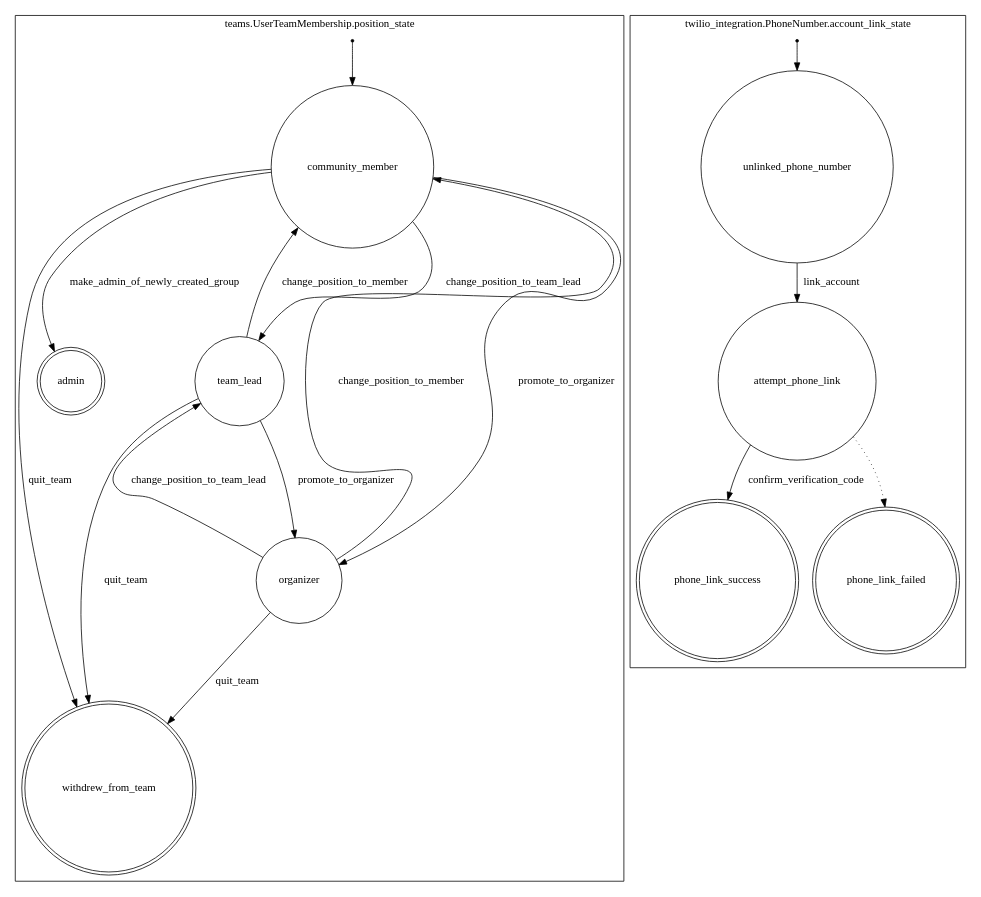
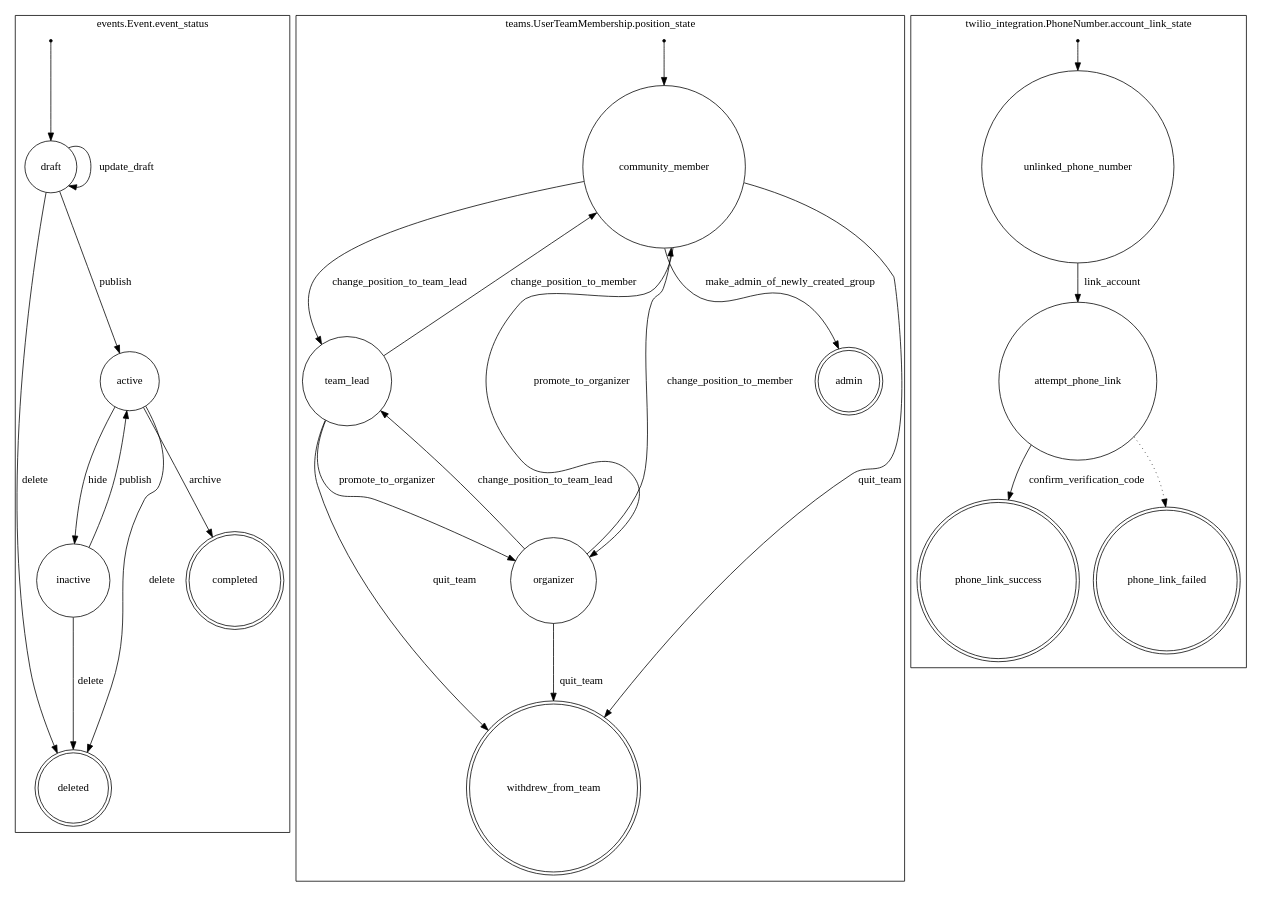
The diagram in docs/state_machine.dot (alysivji/street-team), drawn with Graphviz before and after one commit. The commit also changed 25 other files, not shown here.

```diff
--- a/docs/state_machine.dot
+++ b/docs/state_machine.dot
@@ -1,34 +1,52 @@
 digraph {
+	subgraph cluster_events_Event_event_status {
+		graph [label="events.Event.event_status"]
+		"events.event.event_status.deleted" [label=deleted shape=doublecircle]
+		"events.event.event_status.completed" [label=completed shape=doublecircle]
+		"events.event.event_status.draft" [label=draft shape=circle]
+		"events.event.event_status._initial" [label="" shape=point]
+		"events.event.event_status._initial" -> "events.event.event_status.draft"
+		"events.event.event_status.inactive" [label=inactive shape=circle]
+		"events.event.event_status.active" [label=active shape=circle]
+		"events.event.event_status.draft" -> "events.event.event_status.deleted" [label=delete]
+		"events.event.event_status.inactive" -> "events.event.event_status.active" [label=publish]
+		"events.event.event_status.draft" -> "events.event.event_status.draft" [label=update_draft]
+		"events.event.event_status.inactive" -> "events.event.event_status.deleted" [label=delete]
+		"events.event.event_status.active" -> "events.event.event_status.deleted" [label=delete]
+		"events.event.event_status.active" -> "events.event.event_status.completed" [label=archive]
+		"events.event.event_status.draft" -> "events.event.event_status.active" [label=publish]
+		"events.event.event_status.active" -> "events.event.event_status.inactive" [label=hide]
+	}
 	subgraph cluster_teams_UserTeamMembership_position_state {
 		graph [label="teams.UserTeamMembership.position_state"]
+		"teams.user_team_membership.position_state.admin" [label=admin shape=doublecircle]
 		"teams.user_team_membership.position_state.withdrew_from_team" [label=withdrew_from_team shape=doublecircle]
-		"teams.user_team_membership.position_state.admin" [label=admin shape=doublecircle]
+		"teams.user_team_membership.position_state.team_lead" [label=team_lead shape=circle]
+		"teams.user_team_membership.position_state.organizer" [label=organizer shape=circle]
 		"teams.user_team_membership.position_state.community_member" [label=community_member shape=circle]
 		"teams.user_team_membership.position_state._initial" [label="" shape=point]
 		"teams.user_team_membership.position_state._initial" -> "teams.user_team_membership.position_state.community_member"
-		"teams.user_team_membership.position_state.team_lead" [label=team_lead shape=circle]
-		"teams.user_team_membership.position_state.organizer" [label=organizer shape=circle]
-		"teams.user_team_membership.position_state.team_lead" -> "teams.user_team_membership.position_state.withdrew_from_team" [label=quit_team]
-		"teams.user_team_membership.position_state.community_member" -> "teams.user_team_membership.position_state.withdrew_from_team" [label=quit_team]
-		"teams.user_team_membership.position_state.organizer" -> "teams.user_team_membership.position_state.team_lead" [label=change_position_to_team_lead]
-		"teams.user_team_membership.position_state.community_member" -> "teams.user_team_membership.position_state.admin" [label=make_admin_of_newly_created_group]
-		"teams.user_team_membership.position_state.team_lead" -> "teams.user_team_membership.position_state.organizer" [label=promote_to_organizer]
-		"teams.user_team_membership.position_state.organizer" -> "teams.user_team_membership.position_state.community_member" [label=change_position_to_member]
-		"teams.user_team_membership.position_state.community_member" -> "teams.user_team_membership.position_state.organizer" [label=promote_to_organizer]
+		"teams.user_team_membership.position_state.organizer" -> "teams.user_team_membership.position_state.withdrew_from_team" [label=quit_team]
 		"teams.user_team_membership.position_state.team_lead" -> "teams.user_team_membership.position_state.community_member" [label=change_position_to_member]
 		"teams.user_team_membership.position_state.community_member" -> "teams.user_team_membership.position_state.team_lead" [label=change_position_to_team_lead]
-		"teams.user_team_membership.position_state.organizer" -> "teams.user_team_membership.position_state.withdrew_from_team" [label=quit_team]
+		"teams.user_team_membership.position_state.team_lead" -> "teams.user_team_membership.position_state.withdrew_from_team" [label=quit_team]
+		"teams.user_team_membership.position_state.organizer" -> "teams.user_team_membership.position_state.team_lead" [label=change_position_to_team_lead]
+		"teams.user_team_membership.position_state.community_member" -> "teams.user_team_membership.position_state.withdrew_from_team" [label=quit_team]
+		"teams.user_team_membership.position_state.organizer" -> "teams.user_team_membership.position_state.community_member" [label=change_position_to_member]
+		"teams.user_team_membership.position_state.team_lead" -> "teams.user_team_membership.position_state.organizer" [label=promote_to_organizer]
+		"teams.user_team_membership.position_state.community_member" -> "teams.user_team_membership.position_state.organizer" [label=promote_to_organizer]
+		"teams.user_team_membership.position_state.community_member" -> "teams.user_team_membership.position_state.admin" [label=make_admin_of_newly_created_group]
 	}
 	subgraph cluster_twilio_integration_PhoneNumber_account_link_state {
 		graph [label="twilio_integration.PhoneNumber.account_link_state"]
 		"twilio_integration.phone_number.account_link_state.phone_link_success" [label=phone_link_success shape=doublecircle]
 		"twilio_integration.phone_number.account_link_state.phone_link_failed" [label=phone_link_failed shape=doublecircle]
-		"twilio_integration.phone_number.account_link_state.attempt_phone_link" [label=attempt_phone_link shape=circle]
 		"twilio_integration.phone_number.account_link_state.unlinked_phone_number" [label=unlinked_phone_number shape=circle]
 		"twilio_integration.phone_number.account_link_state._initial" [label="" shape=point]
 		"twilio_integration.phone_number.account_link_state._initial" -> "twilio_integration.phone_number.account_link_state.unlinked_phone_number"
+		"twilio_integration.phone_number.account_link_state.attempt_phone_link" [label=attempt_phone_link shape=circle]
 		"twilio_integration.phone_number.account_link_state.unlinked_phone_number" -> "twilio_integration.phone_number.account_link_state.attempt_phone_link" [label=link_account]
 		"twilio_integration.phone_number.account_link_state.attempt_phone_link" -> "twilio_integration.phone_number.account_link_state.phone_link_failed" [style=dotted]
 		"twilio_integration.phone_number.account_link_state.attempt_phone_link" -> "twilio_integration.phone_number.account_link_state.phone_link_success" [label=confirm_verification_code]
 	}
 }
```
